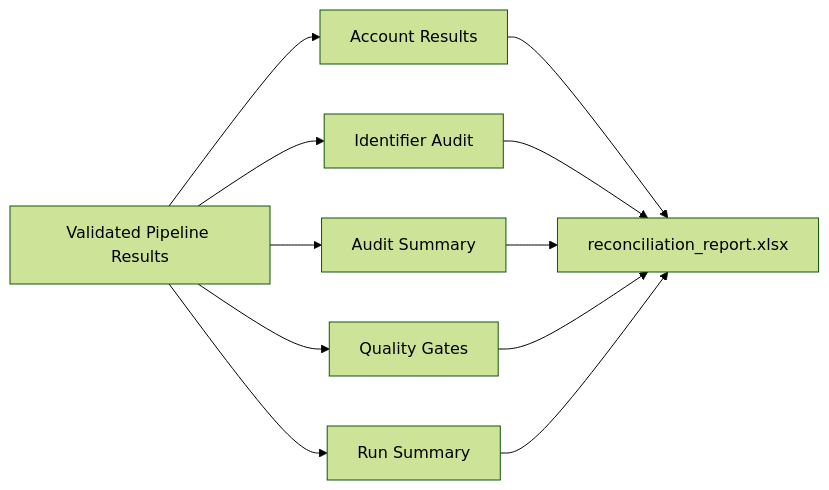
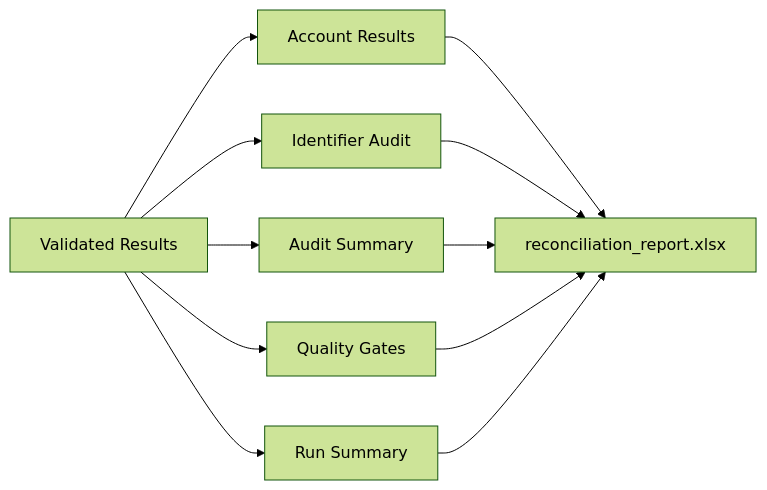
One commit to cjr3195/databricks-data-reconciliation-pipeline changed the ninth of 11 diagrams in README.md. Above: the diagram before and after it, drawn with Mermaid (forest theme). The commit also changed other lines of this file, not shown here.

````diff
--- a/README.md
+++ b/README.md
@@ -220,14 +386,14 @@
 ```mermaid
 flowchart LR
-    A["Validated Pipeline Results"] --> B["Account Results"]
+    A["Validated Results"] --> B["Account Results"]
     A --> C["Identifier Audit"]
     A --> D["Audit Summary"]
     A --> E["Quality Gates"]
     A --> F["Run Summary"]
 
     B --> G["reconciliation_report.xlsx"]
     C --> G
     D --> G
     E --> G
     F --> G
 ```
````
